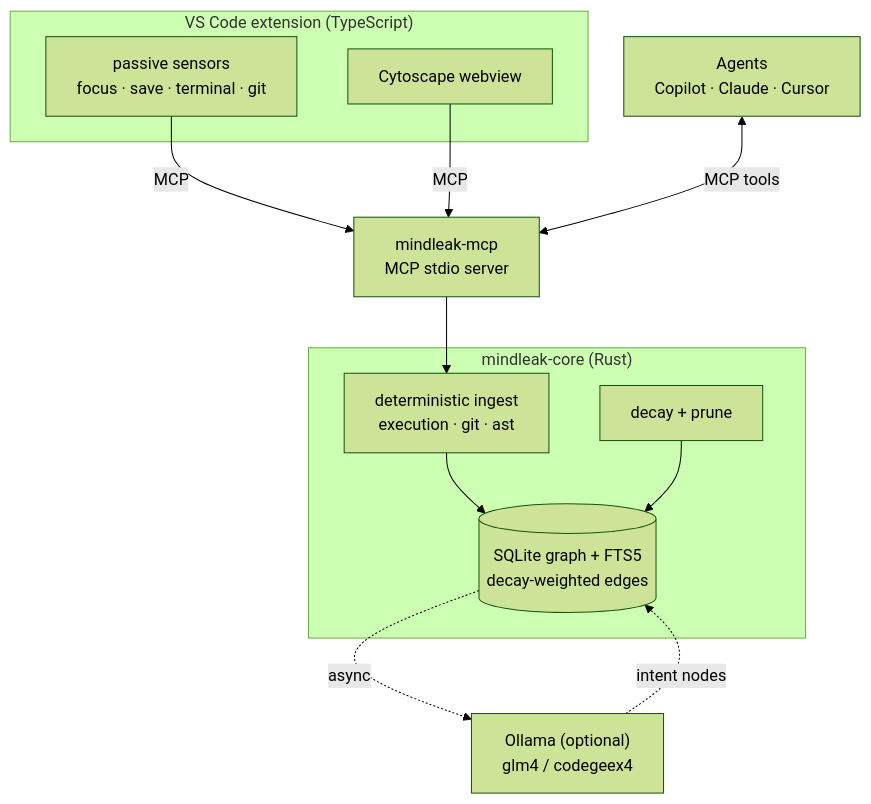
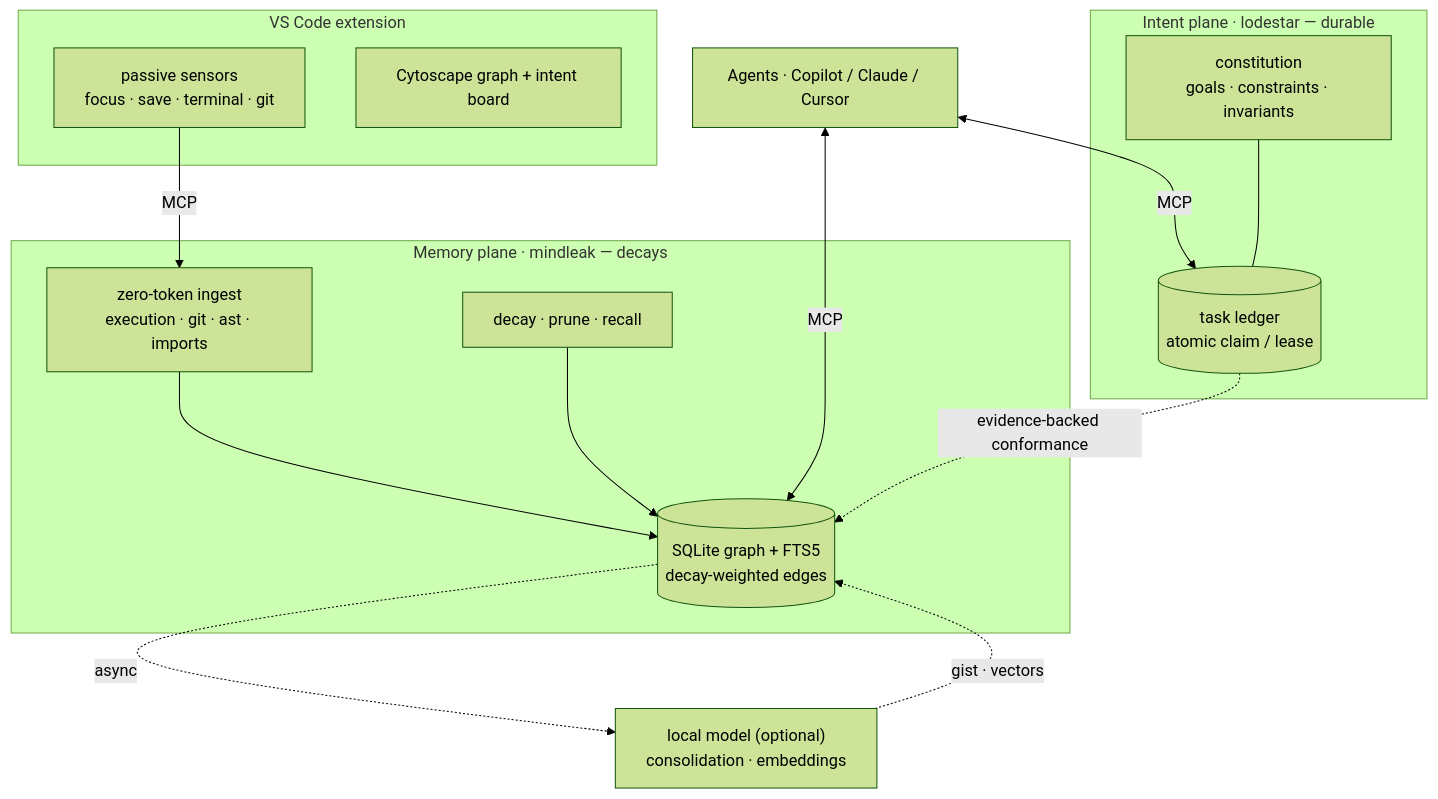
One commit to monk-eee/MindLeak changed the diagram in README.md. Above: the diagram before and after it, drawn with Mermaid (forest theme). The commit also changed other lines of this file, not shown here.

First line of the commit message:
docs(readme): add build badges and make the two-plane story clear

````diff
--- a/README.md
+++ b/README.md
@@ -55,22 +76,28 @@
 ```mermaid
 flowchart TD
-  subgraph editor["VS Code extension (TypeScript)"]
+  A["Agents · Copilot / Claude / Cursor"]
+  subgraph editor["VS Code extension"]
     S["passive sensors<br/>focus · save · terminal · git"]
-    V["Cytoscape webview"]
+    V["Cytoscape graph + intent board"]
   end
-  subgraph core["mindleak-core (Rust)"]
-    I["deterministic ingest<br/>execution · git · ast"]
+  subgraph memory["Memory plane · mindleak — decays"]
+    I["zero-token ingest<br/>execution · git · ast · imports"]
     G[("SQLite graph + FTS5<br/>decay-weighted edges")]
-    D["decay + prune"]
+    D["decay · prune · recall"]
   end
-  M["mindleak-mcp<br/>MCP stdio server"]
-  O["Ollama (optional)<br/>glm4 / codegeex4"]
-  A["Agents<br/>Copilot · Claude · Cursor"]
+  subgraph intent["Intent plane · lodestar — durable"]
+    C["constitution<br/>goals · constraints · invariants"]
+    T[("task ledger<br/>atomic claim / lease")]
+  end
+  O["local model (optional)<br/>consolidation · embeddings"]
 
-  S -->|MCP| M
-  V -->|MCP| M
-  M --> I --> G
+  A <-->|MCP| G
+  A <-->|MCP| T
+  S -->|MCP| I
+  I --> G
   D --> G
-  G -.async.-> O -.intent nodes.-> G
-  A <-->|MCP tools| M
+  G -.async.-> O
+  O -.gist · vectors.-> G
+  C --- T
+  T -. evidence-backed conformance .-> G
 ```
````
